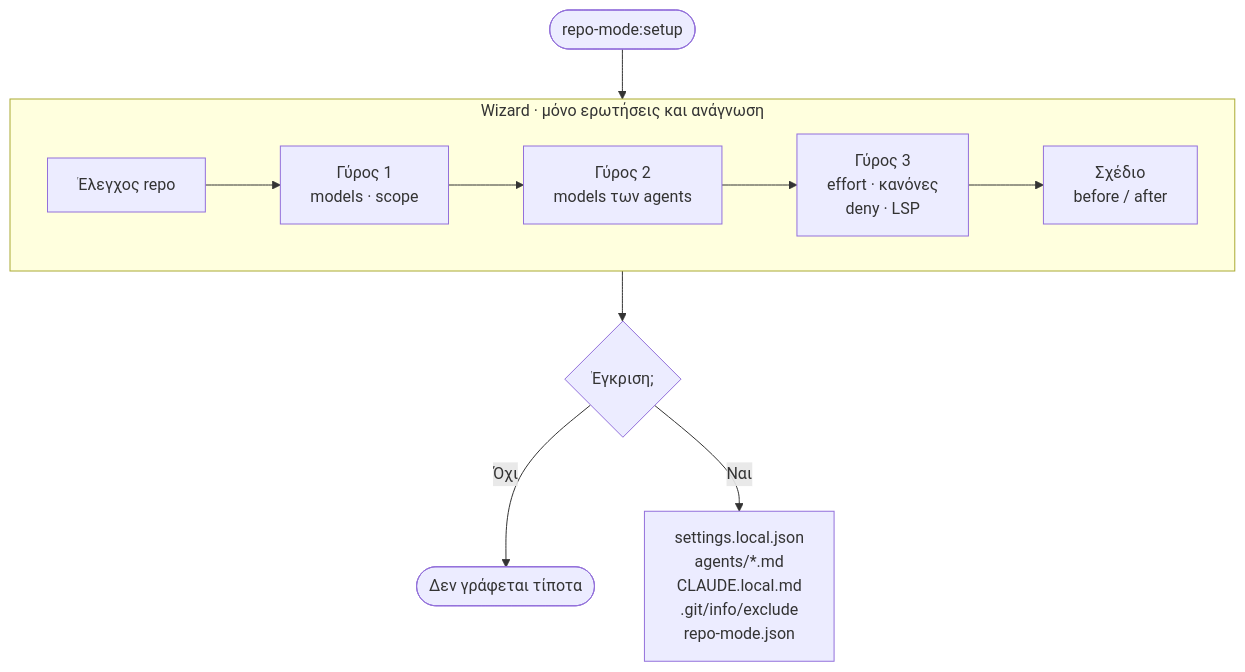
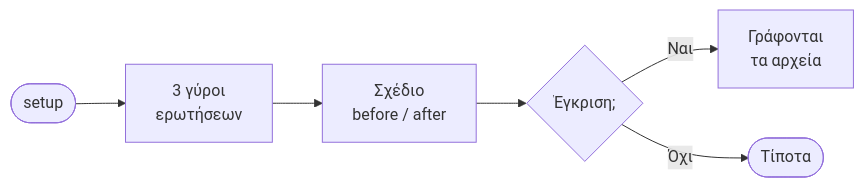
The second of 2 diagrams in plugins/repo-mode/README.md (kniko/claude-plugins), drawn with Mermaid before and after one commit. The commit also changed other lines of this file, not shown here.

Commit message:
repo-mode README: smaller diagrams

````diff
--- a/plugins/repo-mode/README.md
+++ b/plugins/repo-mode/README.md
@@ -44,11 +38,6 @@
 ```mermaid
-flowchart TD
-    S(["repo-mode:setup"]) --> W0
-    subgraph WZ ["Wizard · μόνο ερωτήσεις και ανάγνωση"]
-        direction LR
-        W0["Έλεγχος repo"] --> W1["Γύρος 1<br/>models · scope"] --> W2["Γύρος 2<br/>models των agents"] --> W3["Γύρος 3<br/>effort · κανόνες<br/>deny · LSP"] --> W4["Σχέδιο<br/>before / after"]
-    end
-    W4 --> Q{"Έγκριση;"}
-    Q -->|"Όχι"| X(["Δεν γράφεται τίποτα"])
-    Q -->|"Ναι"| F["settings.local.json<br/>agents/*.md<br/>CLAUDE.local.md<br/>.git/info/exclude<br/>repo-mode.json"]
+flowchart LR
+    S(["setup"]) --> W["3 γύροι<br/>ερωτήσεων"] --> P["Σχέδιο<br/>before / after"] --> Q{"Έγκριση;"}
+    Q -->|"Ναι"| F["Γράφονται<br/>τα αρχεία"]
+    Q -->|"Όχι"| X(["Τίποτα"])
 ```
````
